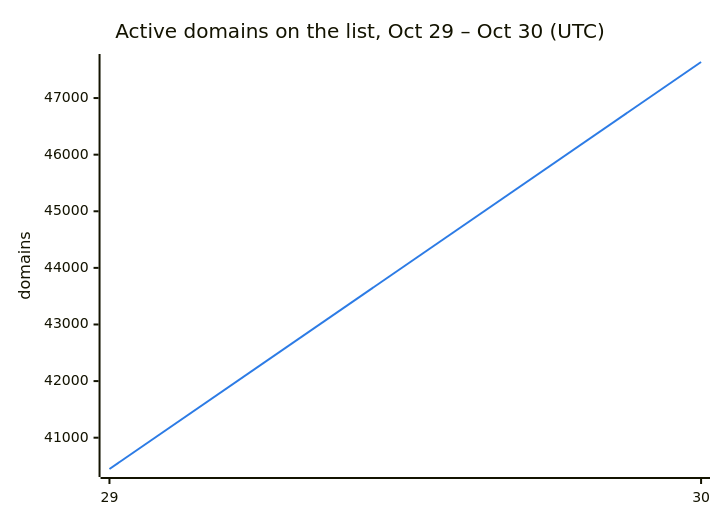
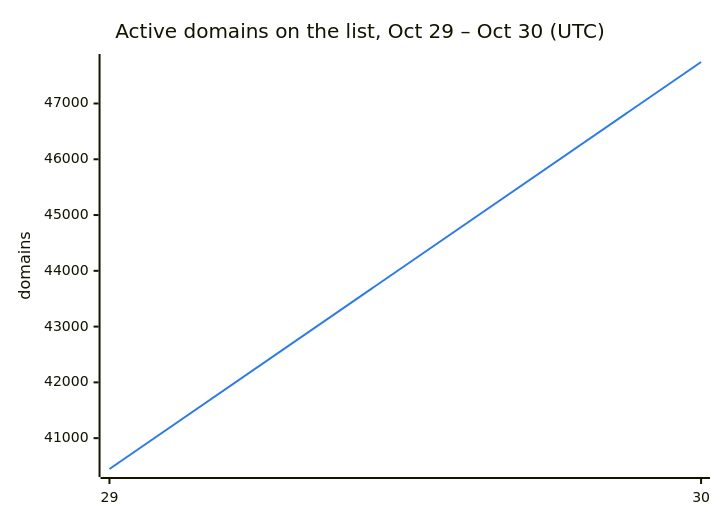
Before and after one commit to DNSBunker/CTI: the second of 3 diagrams in README.md, drawn with Mermaid. The commit also changed other lines of this file and 3 other files, not shown here.

````diff
--- a/README.md
+++ b/README.md
@@ -38,8 +38,8 @@
 ```mermaid
 %%{init: {"themeVariables": {"xyChart": {"plotColorPalette": "#2c7be5"}}}}%%
 xychart-beta
     title "Active domains on the list, Oct 29 – Oct 30 (UTC)"
     x-axis ["29", "30"]
     y-axis "domains"
-    line [40447, 47637]
+    line [40447, 47744]
 ```
````
